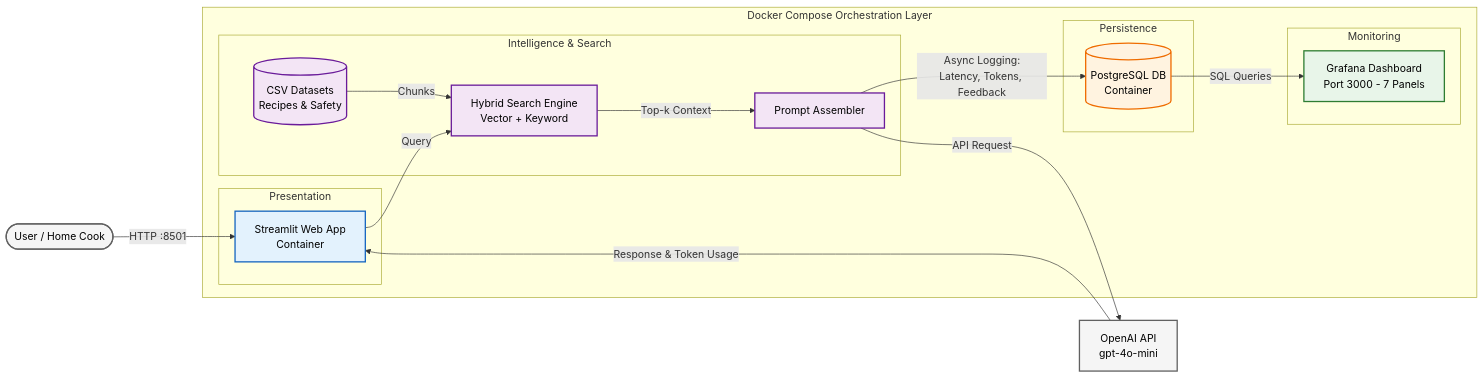
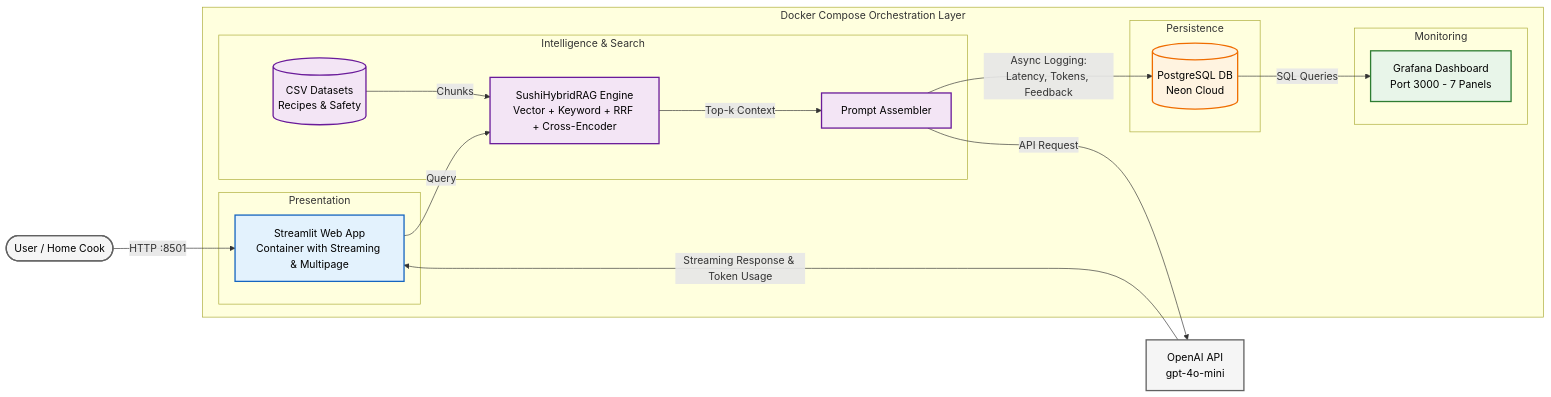
One commit to pePiangpi/streamCloud-sushi-assistant changed the diagram in README.md. Above: the diagram before and after it, drawn with Mermaid. The commit also changed other lines of this file and 11 other files, not shown here.

````diff
--- a/README.md
+++ b/README.md
@@ -31,41 +42,39 @@
 ```mermaid
 flowchart LR
     User([User / Home Cook]) -->|HTTP :8501| Streamlit
 
     subgraph Docker ["Docker Compose Orchestration Layer"]
         subgraph Client ["Presentation"]
-            Streamlit[Streamlit Web App<br/>Container]
+            Streamlit[Streamlit Web App<br/>Container with Streaming & Multipage]
         end
 
         subgraph Engine ["Intelligence & Search"]
-            Streamlit -->|Query| Search[Hybrid Search Engine<br/>Vector + Keyword]
+            Streamlit -->|Query| Search[SushiHybridRAG Engine<br/>Vector + Keyword + RRF + Cross-Encoder]
             CSV[(CSV Datasets<br/>Recipes & Safety)] -->|Chunks| Search
             Search -->|Top-k Context| Prompt[Prompt Assembler]
         end
 
         subgraph Storage ["Persistence"]
-            Prompt -->|Async Logging:<br/>Latency, Tokens, Feedback| Postgres[(PostgreSQL DB<br/>Container)]
+            Prompt -->|Async Logging:<br/>Latency, Tokens, Feedback| Postgres[(PostgreSQL DB<br/>Neon Cloud)]
         end
 
         subgraph Observability ["Monitoring"]
             Postgres -->|SQL Queries| Grafana[Grafana Dashboard<br/>Port 3000 - 7 Panels]
         end
     end
 
     Prompt -->|API Request| OpenAI[OpenAI API<br/>gpt-4o-mini]
-    OpenAI -->|Response & Token Usage| Streamlit
+    OpenAI -->|Streaming Response & Token Usage| Streamlit
 
-    %% Styling & Theme Colors
     classDef external fill:#F5F5F5,stroke:#616161,stroke-width:2px,color:#000;
     classDef client fill:#E3F2FD,stroke:#1565C0,stroke-width:2px,color:#000;
     classDef engine fill:#F3E5F5,stroke:#6A1B9A,stroke-width:2px,color:#000;
     classDef storage fill:#FFF3E0,stroke:#EF6C00,stroke-width:2px,color:#000;
     classDef obs fill:#E8F5E9,stroke:#2E7D32,stroke-width:2px,color:#000;
 
     class User,OpenAI external;
     class Streamlit client;
     class Search,CSV,Prompt engine;
     class Postgres storage;
     class Grafana obs;
-
 ```
````
